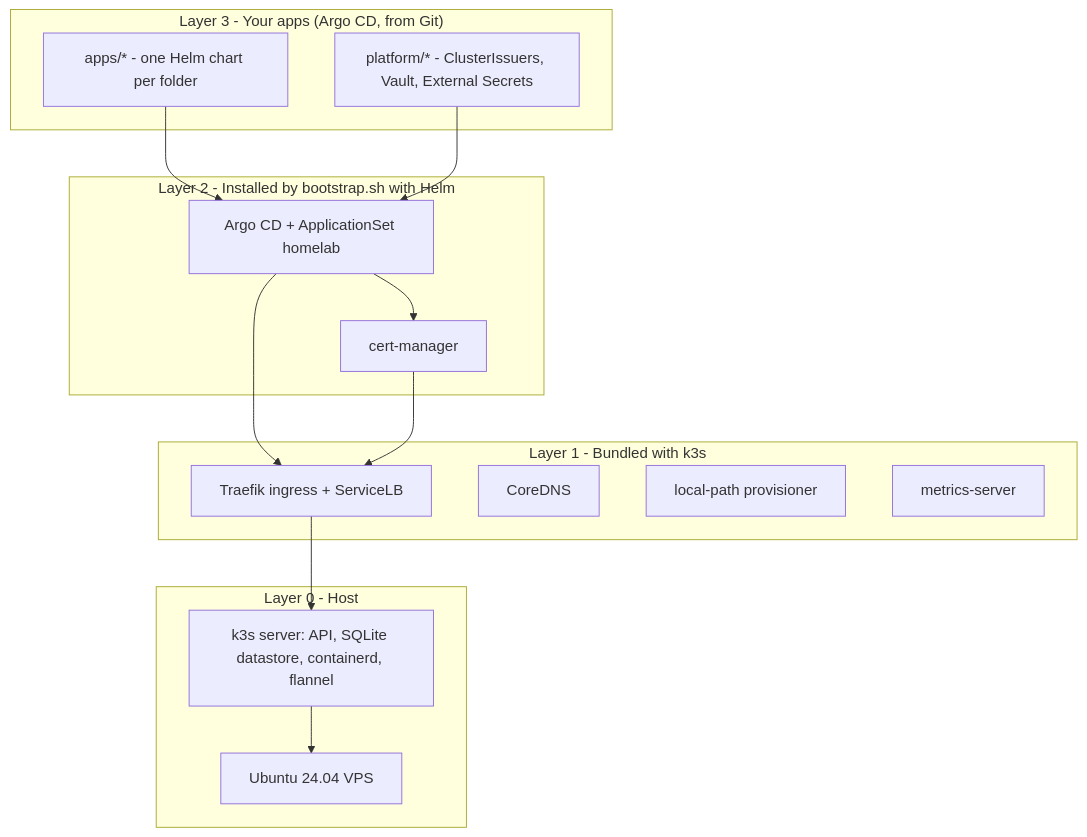
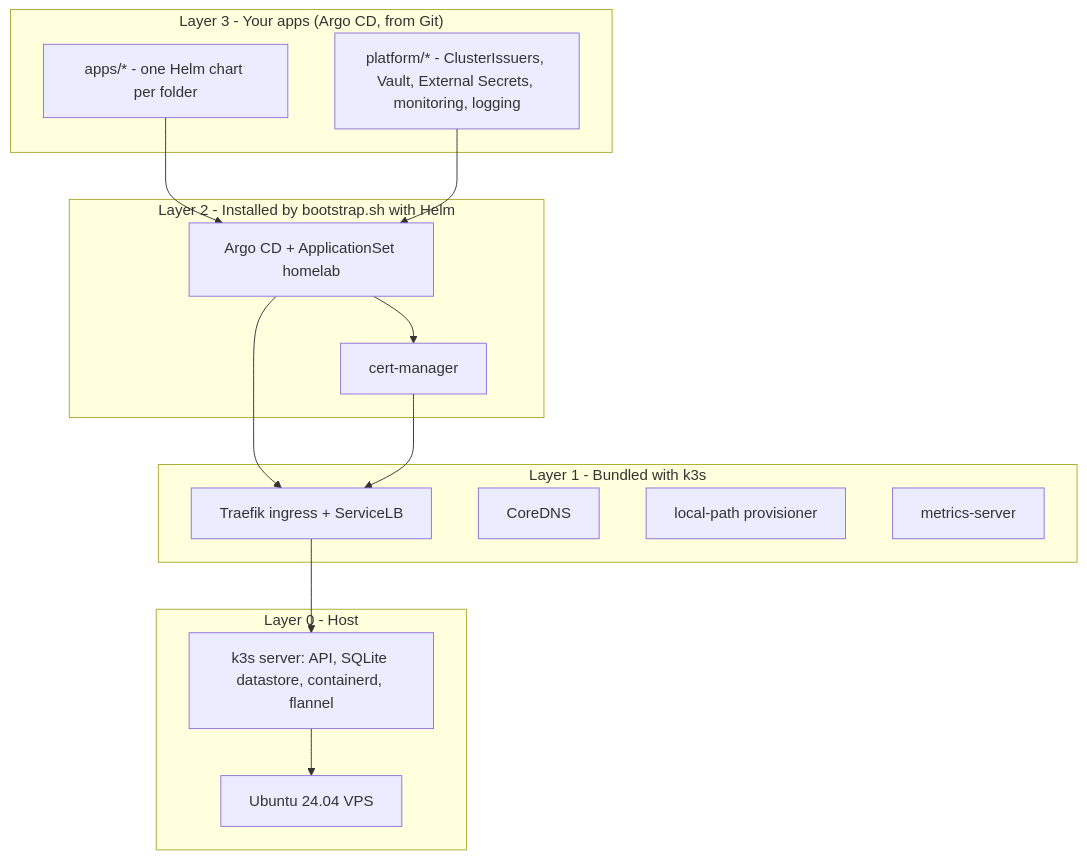
The first of 2 diagrams in docs/architecture.md (Elouel/homelab), drawn with Mermaid before and after one commit. The commit also changed other lines of this file and 22 other files, not shown here.

First line of the commit message:
platform: add monitoring and logging (#2)

````diff
--- a/docs/architecture.md
+++ b/docs/architecture.md
@@ -8,28 +8,28 @@
 ```mermaid
 flowchart TB
   subgraph L3["Layer 3 - Your apps (Argo CD, from Git)"]
     APPS["apps/* - one Helm chart per folder"]
-    PLAT["platform/* - ClusterIssuers, Vault, External Secrets"]
+    PLAT["platform/* - ClusterIssuers, Vault, External Secrets, monitoring, logging"]
   end
   subgraph L2["Layer 2 - Installed by bootstrap.sh with Helm"]
     CM["cert-manager"]
     ARGO["Argo CD + ApplicationSet homelab"]
   end
   subgraph L1["Layer 1 - Bundled with k3s"]
     TRAEFIK["Traefik ingress + ServiceLB"]
     DNS["CoreDNS"]
     LP["local-path provisioner"]
     MS["metrics-server"]
   end
   subgraph L0["Layer 0 - Host"]
     K3S["k3s server: API, SQLite datastore, containerd, flannel"]
     OS["Ubuntu 24.04 VPS"]
   end
   APPS --> ARGO
   PLAT --> ARGO
   ARGO --> CM
   ARGO --> TRAEFIK
   CM --> TRAEFIK
   TRAEFIK --> K3S
   K3S --> OS
 ```
````
